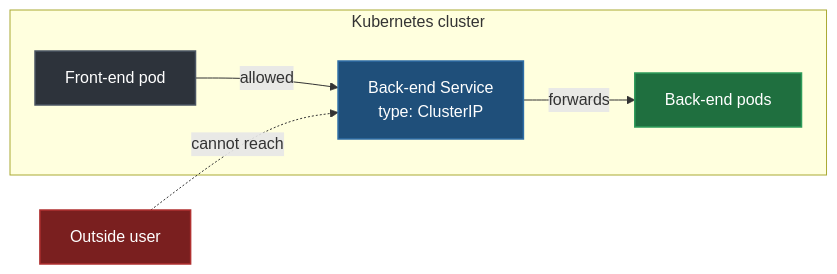
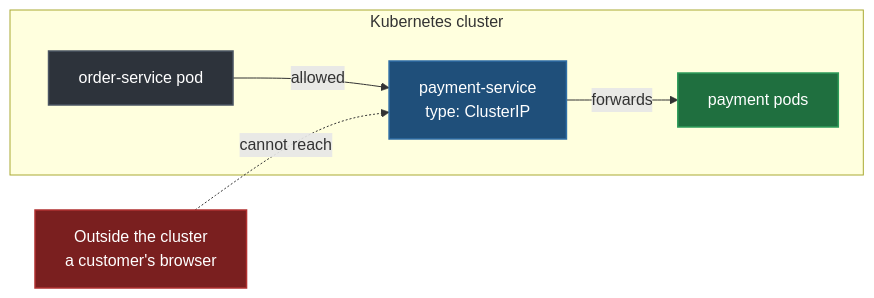
One commit to Dummy-Bug/Devops changed the sixth of 14 diagrams in 08-Kubernetes/07-Services.md. Above: the diagram before and after it, drawn with Mermaid. The commit also changed other lines of this file and 1 other file, not shown here.

````diff
--- a/08-Kubernetes/07-Services.md
+++ b/08-Kubernetes/07-Services.md
@@ -168,16 +205,16 @@
 ```mermaid
 flowchart LR
     subgraph K8S["Kubernetes cluster"]
-        FEP["Front-end pod"] -->|"allowed"| SVC["Back-end Service<br/>type: ClusterIP"]
-        SVC -->|"forwards"| BP["Back-end pods"]
+        FEP["order-service pod"] -->|"allowed"| SVC["payment-service<br/>type: ClusterIP"]
+        SVC -->|"forwards"| BP["payment pods"]
     end
-    OUT["Outside user"] -.->|"cannot reach"| SVC
+    OUT["Outside the cluster<br/>a customer's browser"] -.->|"cannot reach"| SVC
     classDef actor fill:#2d333b,stroke:#4b5563,stroke-width:1.5px,color:#fff
     classDef mech fill:#1f4f7a,stroke:#2f6ea6,stroke-width:1.5px,color:#fff
     classDef good fill:#1f6f3f,stroke:#2e9c5a,stroke-width:1.5px,color:#fff
     classDef broken fill:#7a1f1f,stroke:#b03030,stroke-width:1.5px,color:#fff
     class FEP actor
     class SVC mech
     class BP good
     class OUT broken
 ```
````
